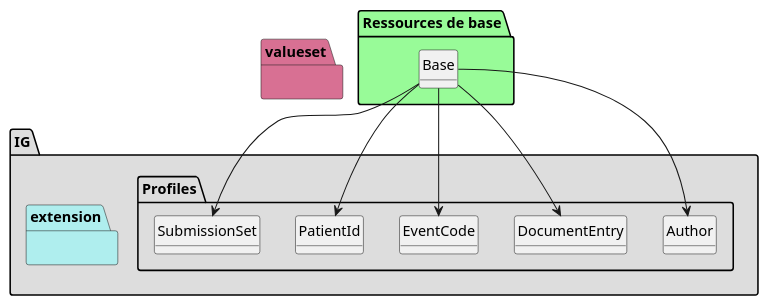
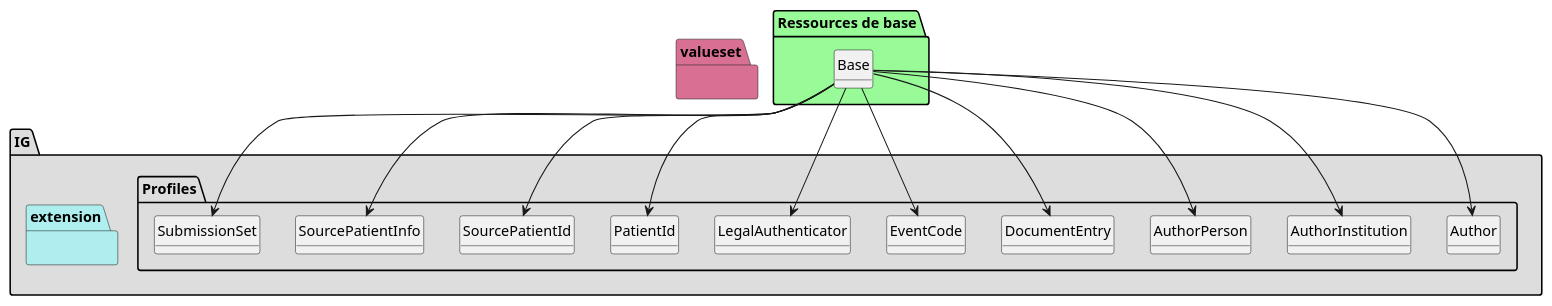
Before and after one commit to ansforge/IG-FHIR-PDSM4DMP-EEDS: the diagram in add-info-dmp/plantuml/graph.puml, drawn with PlantUML. The commit also changed 223 other files, not shown here.

```diff
--- a/add-info-dmp/plantuml/graph.puml
+++ b/add-info-dmp/plantuml/graph.puml
@@ -1,150 +1,196 @@
 @startuml
 set namespaceSeparator ?
 hide circle
 hide class fields
 
 package IG #DDDDDD{
 
      package Profiles #DDDDDD{
 
         class Author{
 
              Author => [None..None]
              Author.institution => [0..1]
-             Author.institution.XON1 => [1..1]
-             Author.institution.XON6 => [1..1]
-             Author.institution.XON7 => [1..1]
-             Author.institution.XON10 => [1..1]
              Author.person => [1..1]
-             Author.person.XCN1 => [1..1]
-             Author.person.XCN2 => [1..1]
-             Author.person.XCN3 => [1..1]
-             Author.person.XCN9 => [1..1]
-             Author.person.XCN10 => [1..1]
-             Author.person.XCN13 => [1..1]
              Author.role => [1..1]
              Author.specialty => [0..1]
+        } 
+
+        class AuthorInstitution{
+
+             AuthorInstitution => [None..None]
+             AuthorInstitution.1 => [1..1]
+             AuthorInstitution.6 => [1..1]
+             AuthorInstitution.7 => [1..1]
+             AuthorInstitution.10 => [1..1]
+        } 
+
+        class AuthorPerson{
+
+             AuthorPerson => [None..None]
+             AuthorPerson.1 => [1..1]
+             AuthorPerson.2 => [1..1]
+             AuthorPerson.3 => [1..1]
+             AuthorPerson.9 => [1..1]
+             AuthorPerson.10 => [1..1]
+             AuthorPerson.13 => [1..1]
         } 
 
         class DocumentEntry{
 
              DocumentEntry => [None..None]
              DocumentEntry.entryUUID => [1..1]
              DocumentEntry.logicalId => [1..1]
              DocumentEntry.mimeType => [1..1]
              DocumentEntry.availabilityStatus => [1..1]
              DocumentEntry.hash => [1..1]
              DocumentEntry.size => [1..1]
              DocumentEntry.languageCode => [1..1]
              DocumentEntry.author => [1..*]
              DocumentEntry.legalAuthenticator => [1..1]
-             DocumentEntry.legalAuthenticator.XCN1 => [1..1]
-             DocumentEntry.legalAuthenticator.XCN2 => [1..1]
-             DocumentEntry.legalAuthenticator.XCN3 => [1..1]
-             DocumentEntry.legalAuthenticator.XCN9 => [1..1]
-             DocumentEntry.legalAuthenticator.XCN10 => [1..1]
-             DocumentEntry.legalAuthenticator.XCN13 => [1..1]
              DocumentEntry.repositoryUniqueId => [1..1]
              DocumentEntry.serviceStartTime => [1..1]
              DocumentEntry.serviceEndTime => [0..1]
              DocumentEntry.sourcePatientID => [1..1]
-             DocumentEntry.sourcePatientID.CX1 => [1..1]
-             DocumentEntry.sourcePatientID.CX4 => [1..1]
-             DocumentEntry.sourcePatientID.CX5 => [1..1]
              DocumentEntry.sourcePatientInfo => [1..1]
-             DocumentEntry.sourcePatientInfo.PID3 => [0..1]
-             DocumentEntry.sourcePatientInfo.PID5 => [1..*]
-             DocumentEntry.sourcePatientInfo.PID7 => [0..1]
-             DocumentEntry.sourcePatientInfo.PID8 => [0..1]
-             DocumentEntry.sourcePatientInfo.PID11 => [0..1]
-             DocumentEntry.sourcePatientInfo.PID13 => [0..1]
-             DocumentEntry.sourcePatientInfo.PID14 => [0..1]
-             DocumentEntry.sourcePatientInfo.PID15 => [0..1]
-             DocumentEntry.sourcePatientInfo.PID16 => [0..1]
-             DocumentEntry.sourcePatientInfo.PID18 => [0..1]
-             DocumentEntry.sourcePatientInfo.PID21 => [0..1]
              DocumentEntry.URI => [1..1]
              DocumentEntry.title => [1..1]
              DocumentEntry.comments => [0..1]
              DocumentEntry.patientID => [1..1]
              DocumentEntry.uniqueId => [1..1]
              DocumentEntry.class => [1..1]
              DocumentEntry.confidentiality => [1..4]
              DocumentEntry.eventCodeList => [0..*]
              DocumentEntry.format => [1..1]
              DocumentEntry.healthcareFacilityTypeCode => [1..1]
              DocumentEntry.practiceSetting => [1..1]
              DocumentEntry.type => [1..1]
              DocumentEntry.documentAvailability => [0..1]
              DocumentEntry.homeCommunityId => [0..1]
              DocumentEntry.creationTime => [1..1]
              DocumentEntry.referenceIdList => [0..*]
              DocumentEntry.referenceIdList.CX1 => [1..1]
              DocumentEntry.referenceIdList.CX4 => [1..1]
              DocumentEntry.referenceIdList.CX5 => [1..1]
              DocumentEntry.version => [0..1]
         } 
 
         class EventCode{
 
              EventCode => [None..None]
              EventCode.eventCode => [1..1]
         } 
 
+        class LegalAuthenticator{
+
+             LegalAuthenticator => [None..None]
+             LegalAuthenticator.1 => [1..1]
+             LegalAuthenticator.2 => [1..1]
+             LegalAuthenticator.3 => [1..1]
+             LegalAuthenticator.9 => [1..1]
+             LegalAuthenticator.10 => [1..1]
+             LegalAuthenticator.13 => [1..1]
+        } 
+
         class PatientId{
 
              PatientId => [None..None]
-             PatientId.CX1 => [1..1]
-             PatientId.CX4 => [1..1]
-             PatientId.CX5 => [1..1]
+             PatientId.1 => [1..1]
+             PatientId.4 => [1..1]
+             PatientId.5 => [1..1]
+        } 
+
+        class SourcePatientId{
+
+             SourcePatientId => [None..None]
+             SourcePatientId.1 => [1..1]
+             SourcePatientId.4 => [1..1]
+             SourcePatientId.5 => [1..1]
+        } 
+
+        class SourcePatientInfo{
+
+             SourcePatientInfo => [None..None]
+             SourcePatientInfo.PID => [1..1]
+             SourcePatientInfo.PID.3 => [0..1]
+             SourcePatientInfo.PID.5 => [1..*]
+             SourcePatientInfo.PID.7 => [0..1]
+             SourcePatientInfo.PID.8 => [0..1]
+             SourcePatientInfo.PID.11 => [0..1]
+             SourcePatientInfo.PID.13 => [0..1]
+             SourcePatientInfo.PID.14 => [0..1]
+             SourcePatientInfo.PID.15 => [0..1]
+             SourcePatientInfo.PID.16 => [0..1]
+             SourcePatientInfo.PID.18 => [0..1]
+             SourcePatientInfo.PID.21 => [0..1]
         } 
 
         class SubmissionSet{
 
              SubmissionSet => [None..None]
              SubmissionSet.entryUUID => [1..1]
              SubmissionSet.availabilityStatus => [1..1]
              SubmissionSet.submissionTime => [1..1]
              SubmissionSet.title => [0..1]
              SubmissionSet.comments => [0..1]
              SubmissionSet.patientID => [1..1]
              SubmissionSet.sourceID => [1..1]
              SubmissionSet.uniqueID => [1..1]
              SubmissionSet.contentTypeCode => [1..1]
              SubmissionSet.author => [1..1]
              SubmissionSet.homeCommunityID => [0..1]
              SubmissionSet.intendedRecipient => [0..*]
          }
 
      }
      package extension #paleturquoise {
 
 
          }
      }
      package valueset #PaleVioletRed{
        }
 
 package "Ressources de base" #palegreen {
 
  class "Base" as  class095a1b43effec73955e31e790438de49 
 
     class095a1b43effec73955e31e790438de49 --> Author
 
  class "Base" as  class095a1b43effec73955e31e790438de49 
 
+    class095a1b43effec73955e31e790438de49 --> AuthorInstitution
+
+ class "Base" as  class095a1b43effec73955e31e790438de49 
+
+    class095a1b43effec73955e31e790438de49 --> AuthorPerson
+
+ class "Base" as  class095a1b43effec73955e31e790438de49 
+
     class095a1b43effec73955e31e790438de49 --> DocumentEntry
 
  class "Base" as  class095a1b43effec73955e31e790438de49 
 
     class095a1b43effec73955e31e790438de49 --> EventCode
 
  class "Base" as  class095a1b43effec73955e31e790438de49 
 
+    class095a1b43effec73955e31e790438de49 --> LegalAuthenticator
+
+ class "Base" as  class095a1b43effec73955e31e790438de49 
+
     class095a1b43effec73955e31e790438de49 --> PatientId
+
+ class "Base" as  class095a1b43effec73955e31e790438de49 
+
+    class095a1b43effec73955e31e790438de49 --> SourcePatientId
+
+ class "Base" as  class095a1b43effec73955e31e790438de49 
+
+    class095a1b43effec73955e31e790438de49 --> SourcePatientInfo
 
  class "Base" as  class095a1b43effec73955e31e790438de49 
 
     class095a1b43effec73955e31e790438de49 --> SubmissionSet
 }
 @enduml
```
